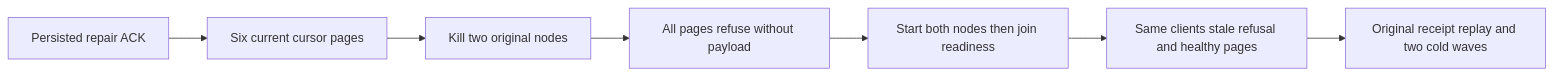
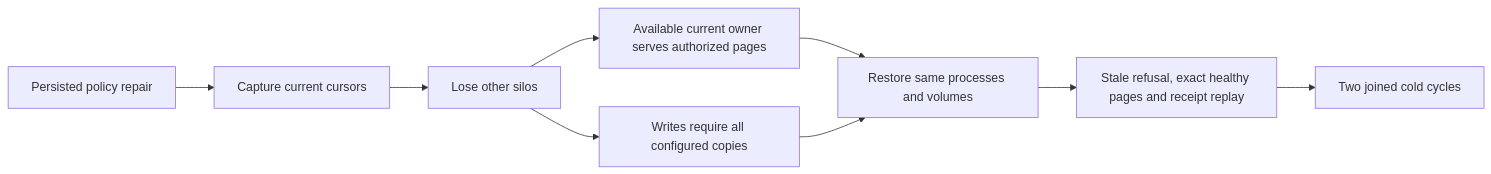
The diagram in docs/Features/Authorization/CursorAuthorityUnavailable.md (managedcode/KeyLoad), drawn with Mermaid before and after one commit. The commit also changed other lines of this file and 685 other files, not shown here.

````diff
--- a/docs/Features/Authorization/CursorAuthorityUnavailable.md
+++ b/docs/Features/Authorization/CursorAuthorityUnavailable.md
@@ -9,9 +9,11 @@
 ```mermaid
 flowchart LR
- A[Persisted repair ACK] --> B[Six current cursor pages]
- B --> C[Kill two original nodes]
- C --> D[All pages refuse without payload]
- D --> E[Start both nodes then join readiness]
- E --> F[Same clients stale refusal and healthy pages]
- F --> G[Original receipt replay and two cold waves]
+ A[Persisted policy repair] --> B[Capture current cursors]
+ B --> C[Lose other silos]
+ C --> D[Available current owner serves authorized pages]
+ C --> E[Writes require all configured copies]
+ D --> F[Restore same processes and volumes]
+ E --> F
+ F --> G[Stale refusal, exact healthy pages and receipt replay]
+ G --> H[Two joined cold cycles]
 ```
````
